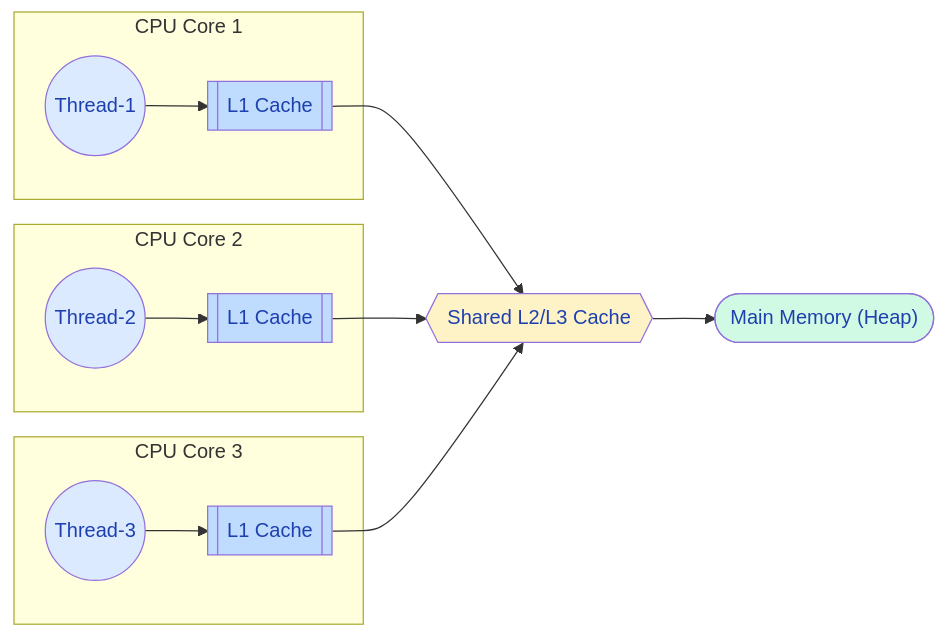
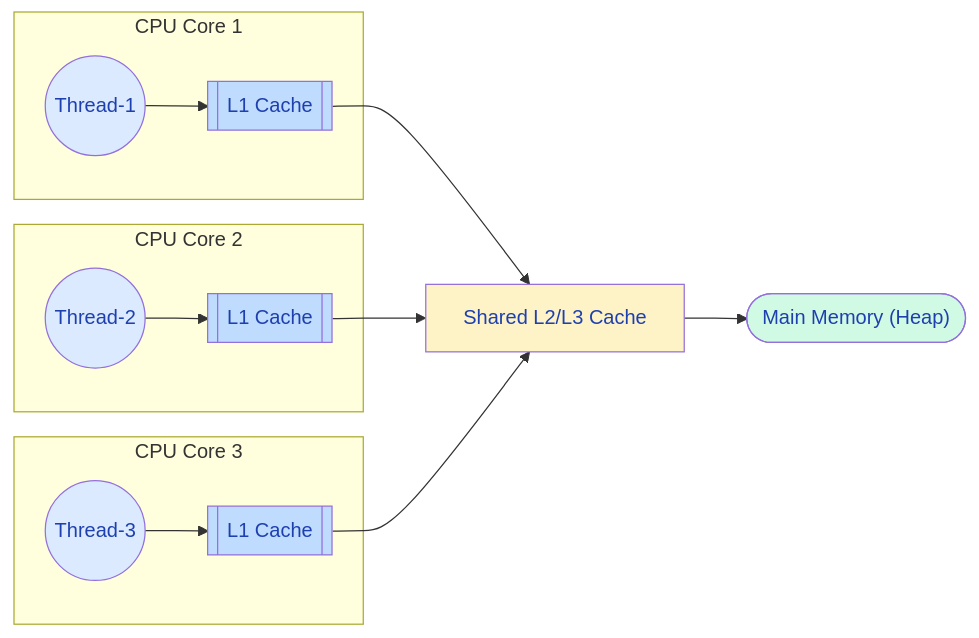
Before and after one commit to saivamsikaruturi/vamsilabs-dev-notes-main: the first of 7 diagrams in docs/java/JavaMemoryModel.md, drawn with Mermaid. The commit also changed other lines of this file and 3 other files, not shown here.

````diff
--- a/docs/java/JavaMemoryModel.md
+++ b/docs/java/JavaMemoryModel.md
@@ -16,37 +16,37 @@
 ```mermaid
 flowchart LR
     subgraph "CPU Core 1"
         T1(("Thread-1"))
         L1_1[["L1 Cache"]]
         T1 --> L1_1
     end
 
     subgraph "CPU Core 2"
         T2(("Thread-2"))
         L1_2[["L1 Cache"]]
         T2 --> L1_2
     end
 
     subgraph "CPU Core 3"
         T3(("Thread-3"))
         L1_3[["L1 Cache"]]
         T3 --> L1_3
     end
 
-    L2{{"Shared L2/L3 Cache"}}
+    L2["Shared L2/L3 Cache"]
     MAIN(["Main Memory (Heap)"])
 
     L1_1 --> L2
     L1_2 --> L2
     L1_3 --> L2
     L2 --> MAIN
 
     style T1 fill:#DBEAFE,color:#1E40AF
     style T2 fill:#DBEAFE,color:#1E40AF
     style T3 fill:#DBEAFE,color:#1E40AF
     style L1_1 fill:#BFDBFE,color:#1E40AF
     style L1_2 fill:#BFDBFE,color:#1E40AF
     style L1_3 fill:#BFDBFE,color:#1E40AF
     style L2 fill:#FEF3C7,color:#1E40AF
     style MAIN fill:#D1FAE5,color:#1E40AF
 ```
````
